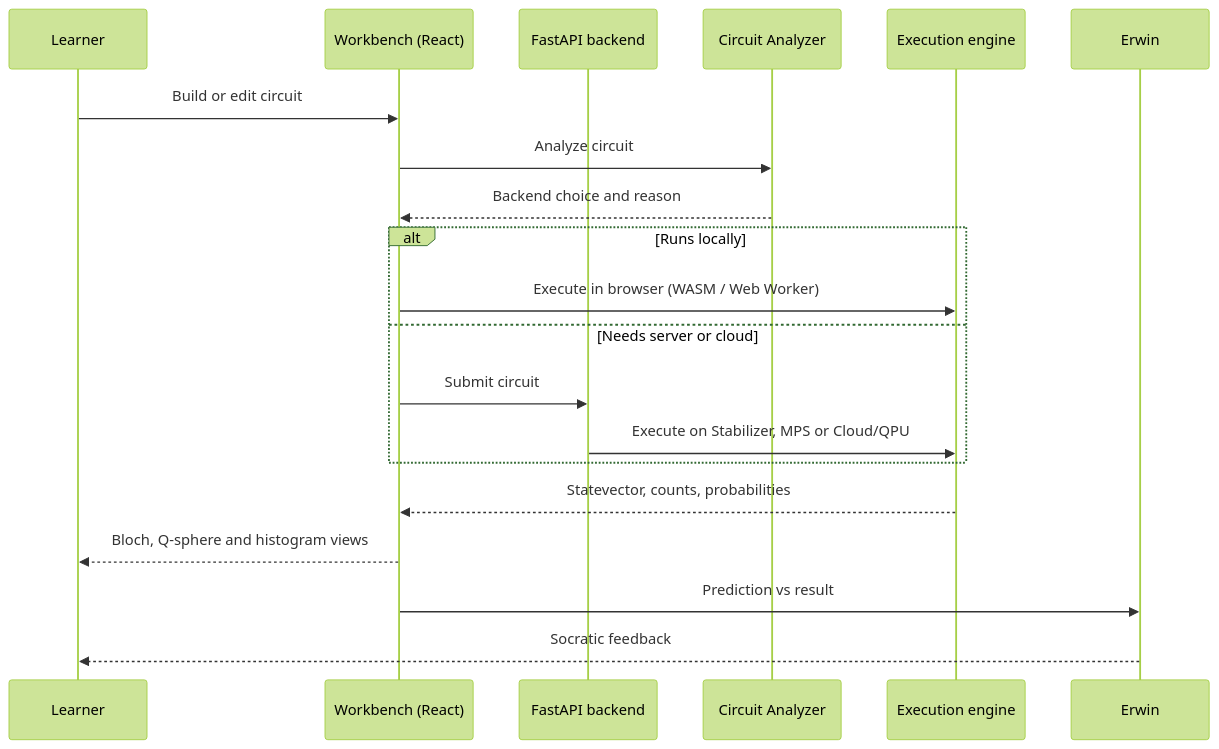
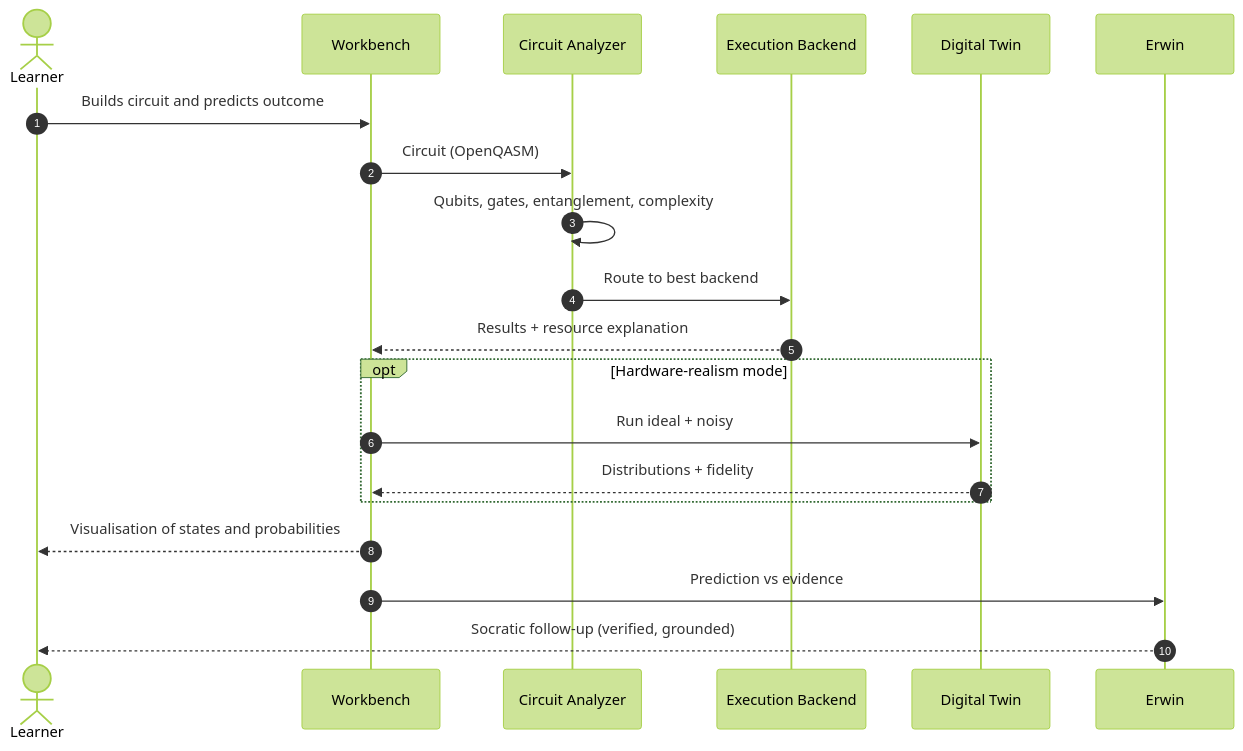
Diagram 12 of 18 in README.md (aaruhyakumar2006/Qualution-), drawn with Mermaid (forest theme) before and after one commit. The commit also changed other lines of this file, not shown here.

````diff
--- a/README.md
+++ b/README.md
@@ -343,23 +516,23 @@
 ```mermaid
 sequenceDiagram
-    participant U as Learner
-    participant WB as Workbench (React)
-    participant API as FastAPI backend
-    participant CA as Circuit Analyzer
-    participant EX as Execution engine
-    participant ER as Erwin
+    autonumber
+    actor L as Learner
+    participant W as Workbench
+    participant A as Circuit Analyzer
+    participant X as Execution Backend
+    participant T as Digital Twin
+    participant E as Erwin
 
-    U->>WB: Build or edit circuit
-    WB->>CA: Analyze circuit
-    CA-->>WB: Backend choice and reason
-    alt Runs locally
-        WB->>EX: Execute in browser (WASM / Web Worker)
-    else Needs server or cloud
-        WB->>API: Submit circuit
-        API->>EX: Execute on Stabilizer, MPS or Cloud/QPU
+    L->>W: Builds circuit and predicts outcome
+    W->>A: Circuit (OpenQASM)
+    A->>A: Qubits, gates, entanglement, complexity
+    A->>X: Route to best backend
+    X-->>W: Results + resource explanation
+    opt Hardware-realism mode
+        W->>T: Run ideal + noisy
+        T-->>W: Distributions + fidelity
     end
-    EX-->>WB: Statevector, counts, probabilities
-    WB-->>U: Bloch, Q-sphere and histogram views
-    WB->>ER: Prediction vs result
-    ER-->>U: Socratic feedback
+    W-->>L: Visualisation of states and probabilities
+    W->>E: Prediction vs evidence
+    E-->>L: Socratic follow-up (verified, grounded)
 ```
````
